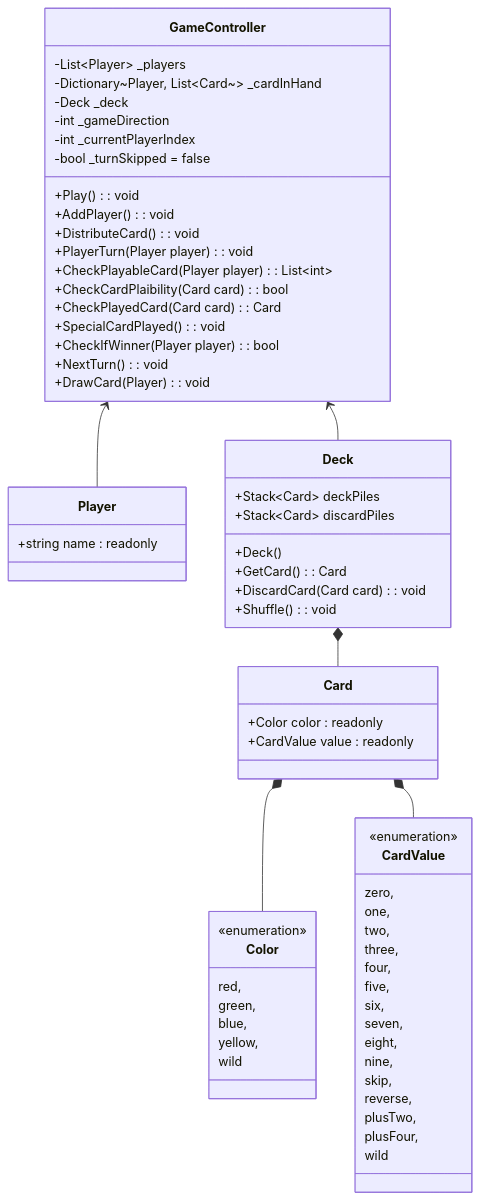
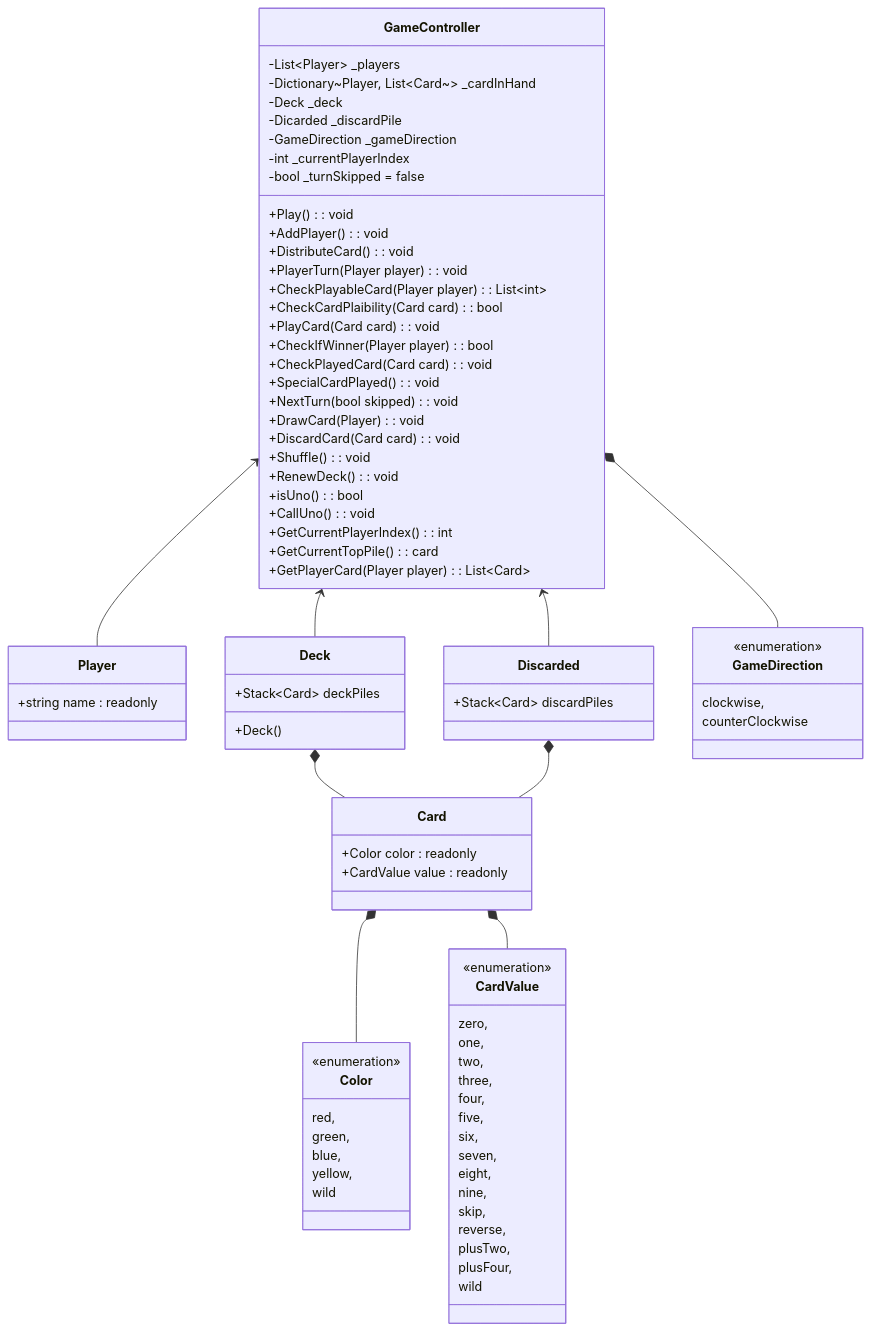
The diagram in Class Diagram/uno.md (waskithag/Formulatrix_bc), drawn with Mermaid before and after one commit.

````diff
--- a/Class Diagram/uno.md
+++ b/Class Diagram/uno.md
@@ -10,20 +10,20 @@
     }
 
     class Deck{
-        +Stack~Card~ deckPiles 
-        +Stack~Card~ discardPiles 
-        
+        +Stack~Card~ deckPiles  
         +Deck()
-        +GetCard() : Card
-        +DiscardCard(Card card) : void
-        +Shuffle() : void
+    }
+
+    class Discarded{
+        +Stack~Card~ discardPiles
     }
 
     class GameController{
         -List~Player~  _players
         -Dictionary~Player, List~Card~~ _cardInHand  
         -Deck _deck 
-        -int _gameDirection 
+        -Dicarded _discardPile
+        -GameDirection _gameDirection 
         -int _currentPlayerIndex 
         -bool _turnSkipped = false 
 
@@ -31,14 +31,27 @@
         +AddPlayer() : void
         +DistributeCard() : void
         +PlayerTurn(Player player) : void
+
         +CheckPlayableCard(Player player) : List~int~
         +CheckCardPlaibility(Card card) : bool
-        +CheckPlayedCard(Card card) : Card
+        +PlayCard(Card card) : void
+        +CheckIfWinner(Player player) : bool
+        +CheckPlayedCard(Card card) : void
         +SpecialCardPlayed() : void
-        +CheckIfWinner(Player player) : bool
-        +NextTurn() : void
+
+        +NextTurn(bool skipped) : void
 
         +DrawCard(Player) : void
+        +DiscardCard(Card card) : void
+        +Shuffle() : void
+        +RenewDeck() : void
+
+        +isUno() : bool
+        +CallUno() : void
+
+        +GetCurrentPlayerIndex() : int
+        +GetCurrentTopPile() : card
+        +GetPlayerCard(Player player) : List~Card~
      }
 
     class Color{
@@ -69,11 +82,20 @@
         wild
     }
 
-    Deck *-- Card 
+    class GameDirection{
+        <<enumeration>>
+        clockwise,
+        counterClockwise
+    }
+
+    Deck *-- Card
+    Discarded *-- Card 
 
     Card *-- Color
     Card *-- CardValue
     
     GameController <-- Player
     GameController <-- Deck
+    GameController <-- Discarded
+    GameController *-- GameDirection
 ```
````
